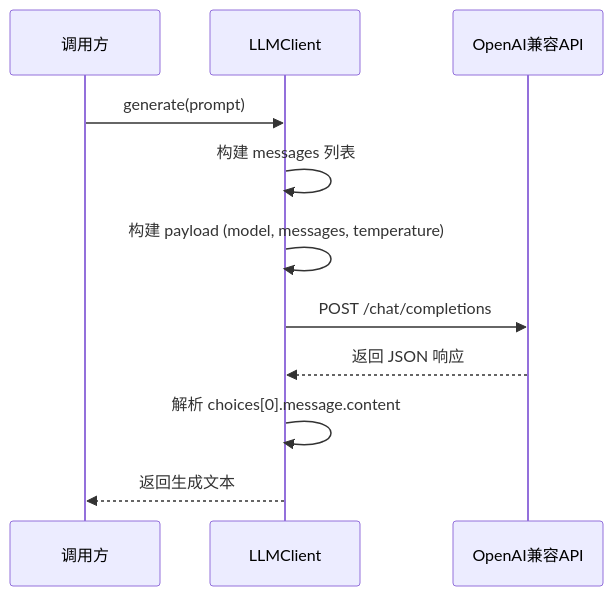
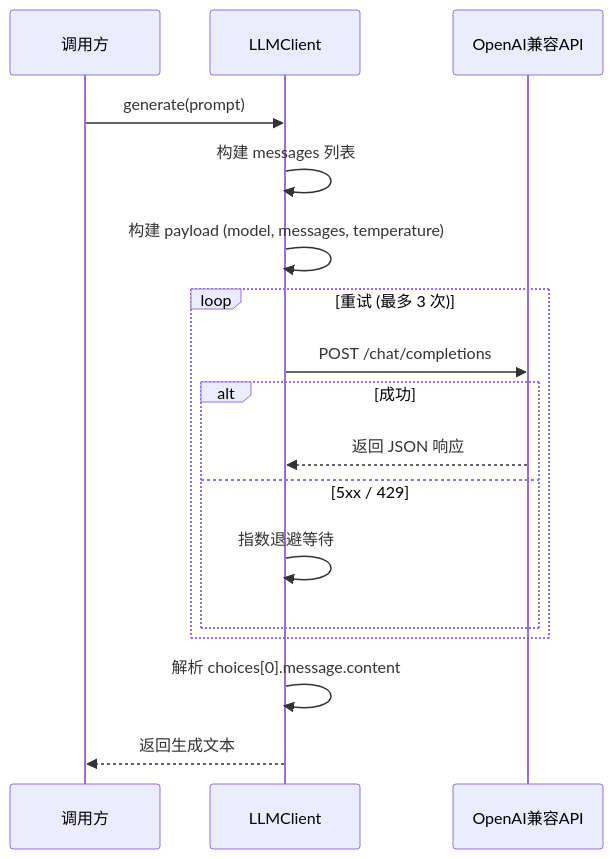
Before and after one commit to 918822019/918822019.github.io: the first of 3 diagrams in project/book_search/docs/modules/llm-clients.md, drawn with Mermaid. The commit also changed other lines of this file and 13 other files, not shown here.

````diff
--- a/project/book_search/docs/modules/llm-clients.md
+++ b/project/book_search/docs/modules/llm-clients.md
@@ -95,14 +110,20 @@
 ```mermaid
 sequenceDiagram
     participant Caller as 调用方
     participant LLM as LLMClient
     participant API as OpenAI兼容API
 
     Caller->>LLM: generate(prompt)
     LLM->>LLM: 构建 messages 列表
     LLM->>LLM: 构建 payload (model, messages, temperature)
-    LLM->>API: POST /chat/completions
-    API-->>LLM: 返回 JSON 响应
+    loop 重试 (最多 3 次)
+        LLM->>API: POST /chat/completions
+        alt 成功
+            API-->>LLM: 返回 JSON 响应
+        else 5xx / 429
+            LLM->>LLM: 指数退避等待
+        end
+    end
     LLM->>LLM: 解析 choices[0].message.content
     LLM-->>Caller: 返回生成文本
 ```
````
